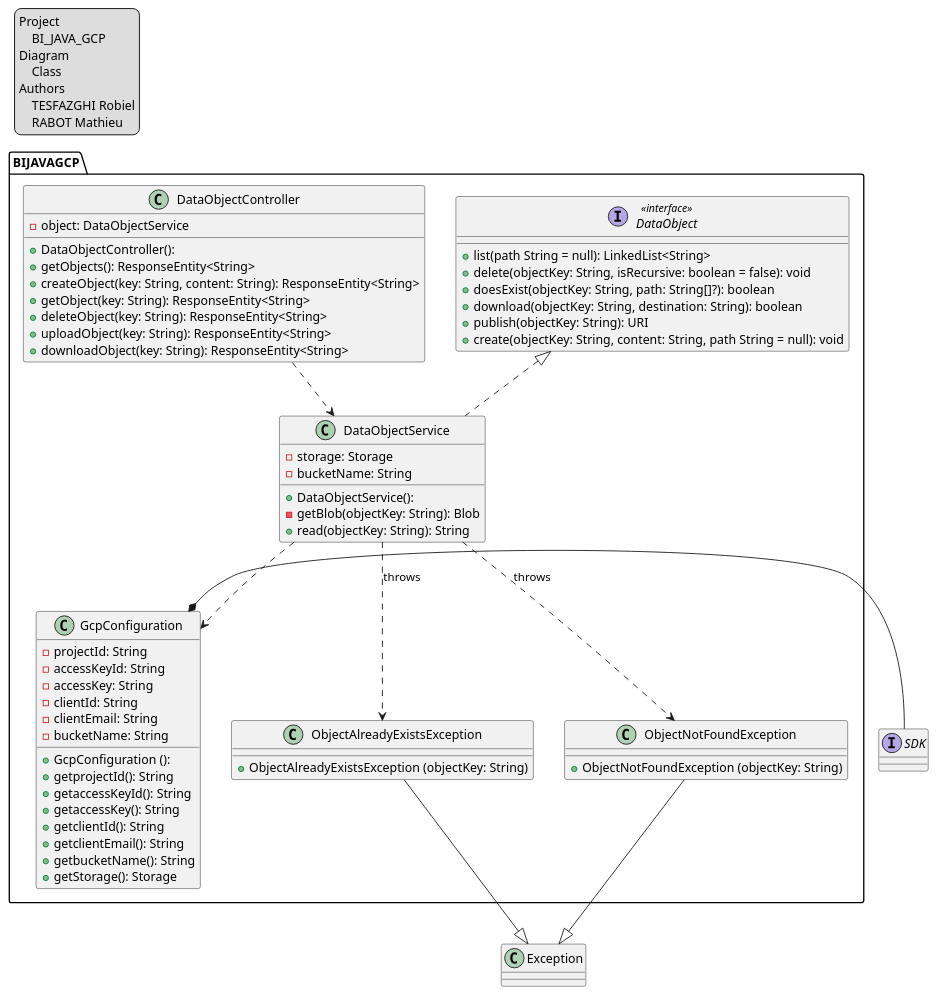
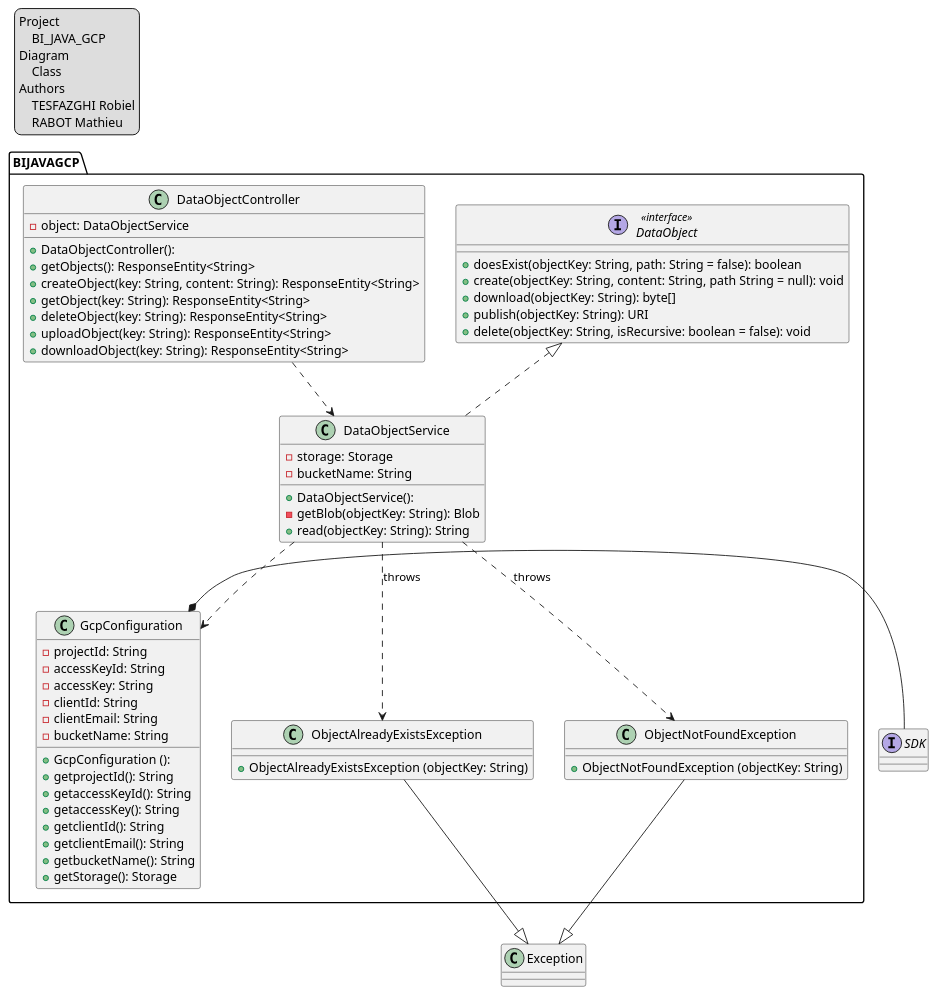
Before and after one commit to CPNV-ES-BI/BI_JAVA_GCP: the diagram in doc/class/Diagramme de classe.plantuml, drawn with PlantUML. The commit also changed 2 other files, not shown here.

Commit message:
Update class diagram

```diff
--- a/doc/class/Diagramme de classe.plantuml
+++ b/doc/class/Diagramme de classe.plantuml
@@ -1,88 +1,87 @@
 @startuml
 'https://plantuml.com/class-diagram
 
 legend top left
     Project
         BI_JAVA_GCP
     Diagram
         Class
     Authors
         TESFAZGHI Robiel
         RABOT Mathieu
 endlegend
 
 package BIJAVAGCP {
     interface DataObject << interface >>{
-        + list(path String = null): LinkedList<String>
+        + doesExist(objectKey: String, path: String = false): boolean
+        + create(objectKey: String, content: String, path String = null): void
+        + download(objectKey: String): byte[]
+        + publish(objectKey: String): URI
         + delete(objectKey: String, isRecursive: boolean = false): void
-        + doesExist(objectKey: String, path: String[]?): boolean
-        + download(objectKey: String, destination: String): boolean
-        + publish(objectKey: String): URI
-        + create(objectKey: String, content: String, path String = null): void
     }
 
     class DataObjectService {
         + DataObjectService():
         - storage: Storage
         - bucketName: String
         - getBlob(objectKey: String): Blob
         + read(objectKey: String): String
     }
 
     class DataObjectController {
         - object: DataObjectService
         + DataObjectController():
         + getObjects(): ResponseEntity<String>
         + createObject(key: String, content: String): ResponseEntity<String>
         + getObject(key: String): ResponseEntity<String>
         + deleteObject(key: String): ResponseEntity<String>
         + uploadObject(key: String): ResponseEntity<String>
         + downloadObject(key: String): ResponseEntity<String>
     }
 
        class ObjectAlreadyExistsException {
         + ObjectAlreadyExistsException (objectKey: String)
     }
 
     class GcpConfiguration {
         + GcpConfiguration ():
         - projectId: String
         - accessKeyId: String
         - accessKey: String
         - clientId: String
         - clientEmail: String
         - bucketName: String
         + getprojectId(): String
         + getaccessKeyId(): String
         + getaccessKey(): String
         + getclientId(): String
         + getclientEmail(): String
         + getbucketName(): String
         + getStorage(): Storage
     }
 
     class ObjectNotFoundException {
         + ObjectNotFoundException (objectKey: String)
     }
 }
 
 
 
 class Exception
 
 interface SDK
 
 
 DataObject <|.. DataObjectService
 
 GcpConfiguration *- SDK
 
 DataObjectService ..> GcpConfiguration
 DataObjectService ..> ObjectAlreadyExistsException : throws
 DataObjectService ..> ObjectNotFoundException : throws
 
 DataObjectController ..> DataObjectService
 
 ObjectAlreadyExistsException  --|> Exception
 ObjectNotFoundException --|> Exception
 @enduml
```
